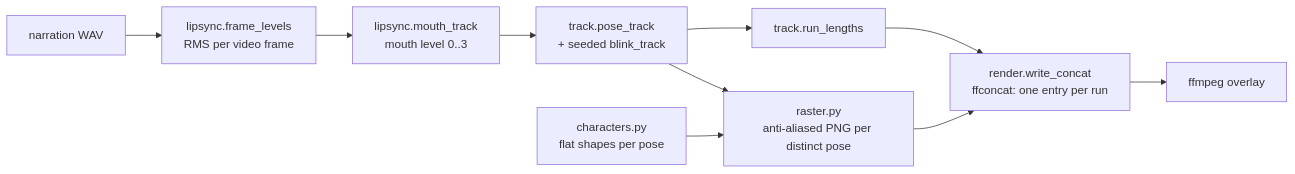
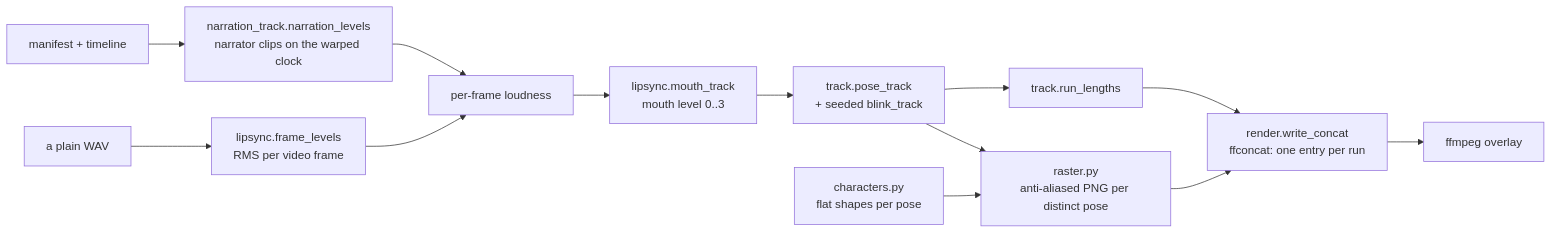
One commit to matthiasn/lotti changed the third of 3 diagrams in tools/tutorial_videos/README.md. Above: the diagram before and after it, drawn with Mermaid. The commit also changed other lines of this file and 63 other files, not shown here.

````diff
--- a/tools/tutorial_videos/README.md
+++ b/tools/tutorial_videos/README.md
@@ -337,12 +354,14 @@
 ```mermaid
 flowchart LR
-    WAV[narration WAV] --> LV[lipsync.frame_levels\nRMS per video frame]
+    MF[manifest + timeline] --> NT[narration_track.narration_levels\nnarrator clips on the warped clock]
+    NT --> LV[per-frame loudness]
+    WAV[a plain WAV] --> FL[lipsync.frame_levels\nRMS per video frame] --> LV
     LV --> MT[lipsync.mouth_track\nmouth level 0..3]
     MT --> PT[track.pose_track\n+ seeded blink_track]
     PT --> RL[track.run_lengths]
     CH[characters.py\nflat shapes per pose] --> RA[raster.py\nanti-aliased PNG per distinct pose]
     PT --> RA
     RL --> FC[render.write_concat\nffconcat: one entry per run]
     RA --> FC
     FC --> FF[ffmpeg overlay]
 ```
````
